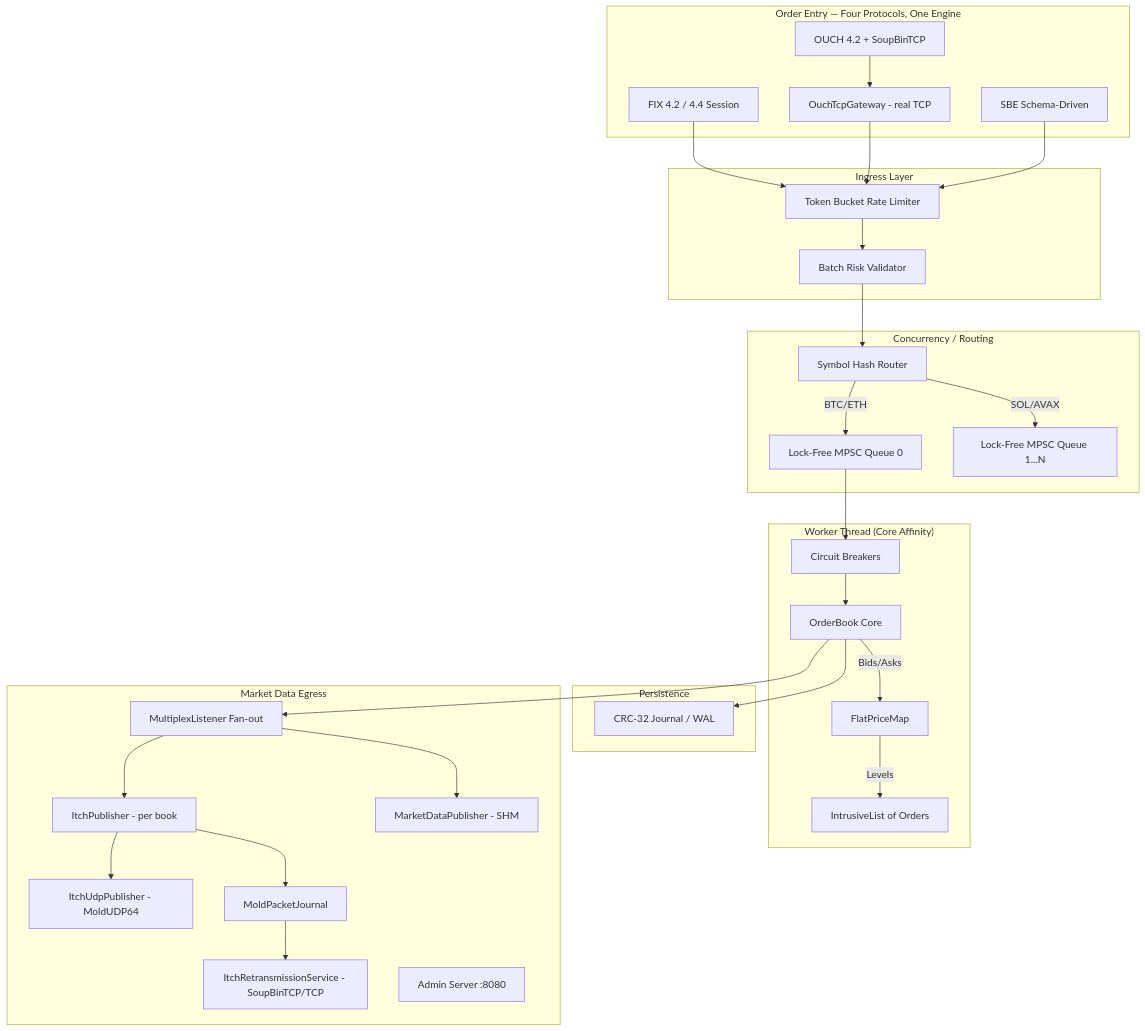
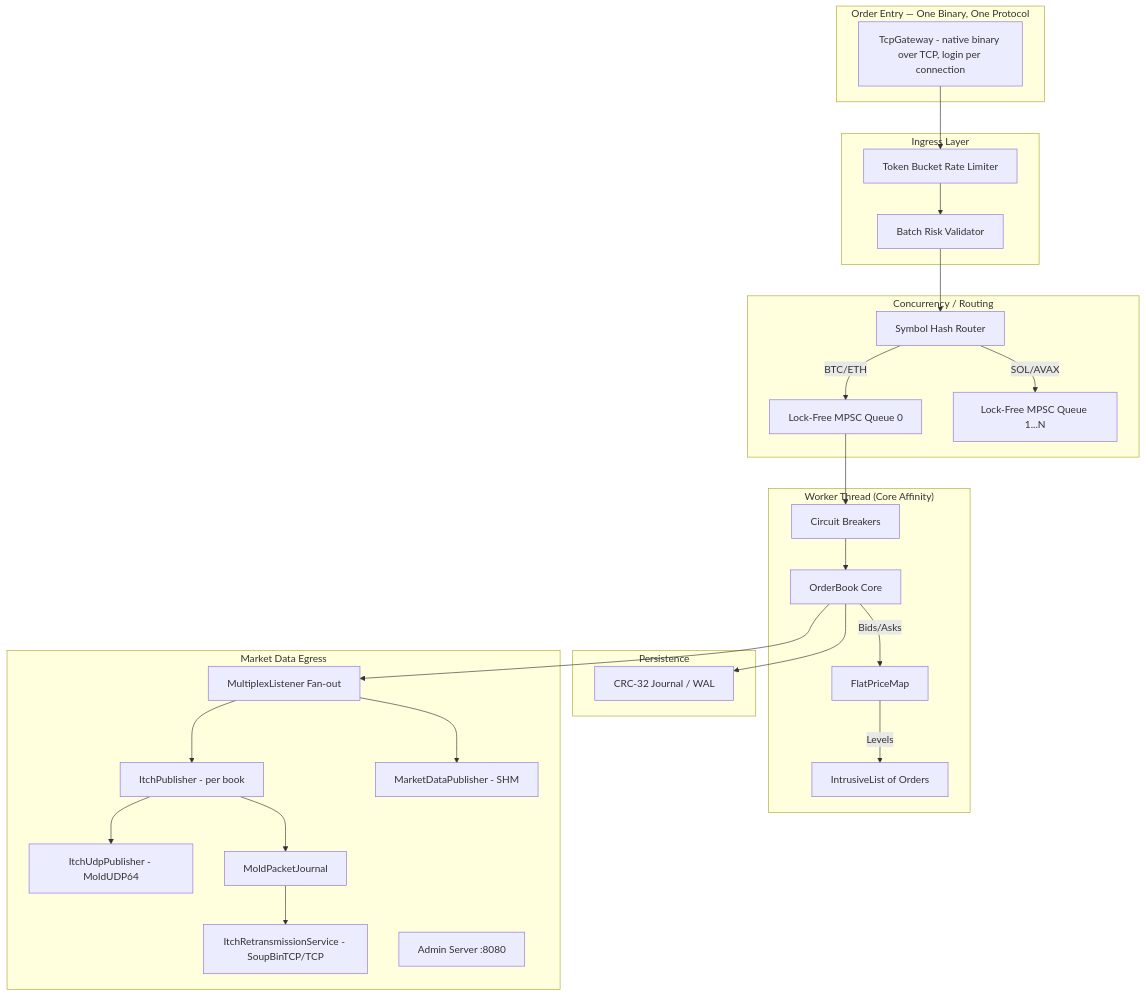
Before and after one commit to AtharvaPatil466/Order-Matching-Engine: the diagram in Architecture.md, drawn with Mermaid. The commit also changed other lines of this file and 14 other files, not shown here.

````diff
--- a/Architecture.md
+++ b/Architecture.md
@@ -27,56 +27,51 @@
 ```mermaid
 graph TD
-    subgraph "Order Entry — Four Protocols, One Engine"
-        FIX[FIX 4.2 / 4.4 Session]
-        OUCH[OUCH 4.2 + SoupBinTCP]
-        SBE[SBE Schema-Driven]
-        OuchGW[OuchTcpGateway - real TCP]
+    subgraph "Order Entry — One Binary, One Protocol"
+        GW[TcpGateway - native binary over TCP, login per connection]
     end
 
     subgraph "Ingress Layer"
         RL[Token Bucket Rate Limiter]
         BR[Batch Risk Validator]
     end
 
     subgraph "Concurrency / Routing"
         Hash[Symbol Hash Router]
         Q1[Lock-Free MPSC Queue 0]
         Q2[Lock-Free MPSC Queue 1...N]
     end
 
     subgraph "Worker Thread (Core Affinity)"
         CB[Circuit Breakers]
         OB[OrderBook Core]
         OB --> |Bids/Asks| FPM[FlatPriceMap]
         FPM --> |Levels| IL[IntrusiveList of Orders]
     end
 
     subgraph "Persistence"
         WAL[CRC-32 Journal / WAL]
     end
 
     subgraph "Market Data Egress"
         MUX[MultiplexListener Fan-out]
         ITCH[ItchPublisher - per book]
         SHM[MarketDataPublisher - SHM]
         UDP[ItchUdpPublisher - MoldUDP64]
         JRN[MoldPacketJournal]
         RETX[ItchRetransmissionService - SoupBinTCP/TCP]
         Admin[Admin Server :8080]
     end
 
-    FIX --> RL
-    OUCH --> OuchGW --> RL
-    SBE --> RL
+    GW --> RL
     RL --> BR --> Hash
     Hash -->|BTC/ETH| Q1
     Hash -->|SOL/AVAX| Q2
     Q1 --> CB --> OB
     OB --> WAL
     OB --> MUX
     MUX --> ITCH
     MUX --> SHM
     ITCH --> UDP
     ITCH --> JRN
     JRN --> RETX
 ```
````
